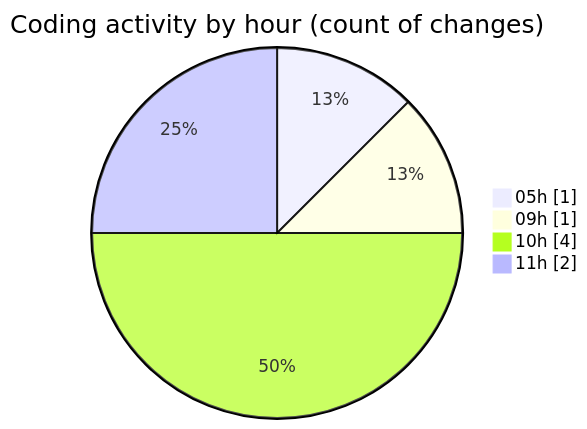
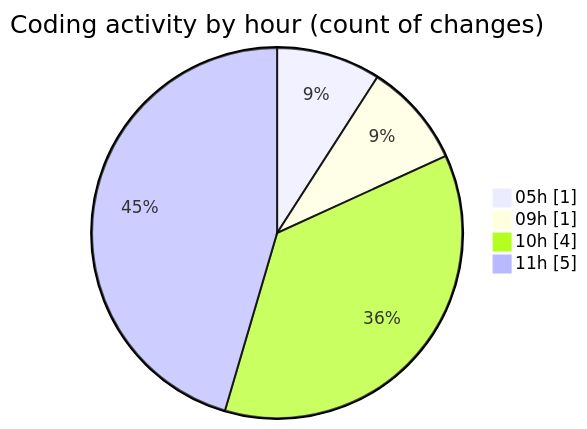
Before and after one commit to FelipKnott/code-tracking: the second of 2 diagrams in 2025-07-13/cursor/README.md, drawn with Mermaid. The commit also changed other lines of this file and 1 other file, not shown here.

````diff
--- a/2025-07-13/cursor/README.md
+++ b/2025-07-13/cursor/README.md
@@ -31,8 +32,8 @@
 ```mermaid
 pie showData
 title Coding activity by hour (count of changes)
 "05h" : 1
 "09h" : 1
 "10h" : 4
-"11h" : 2
+"11h" : 5
 ```
````
